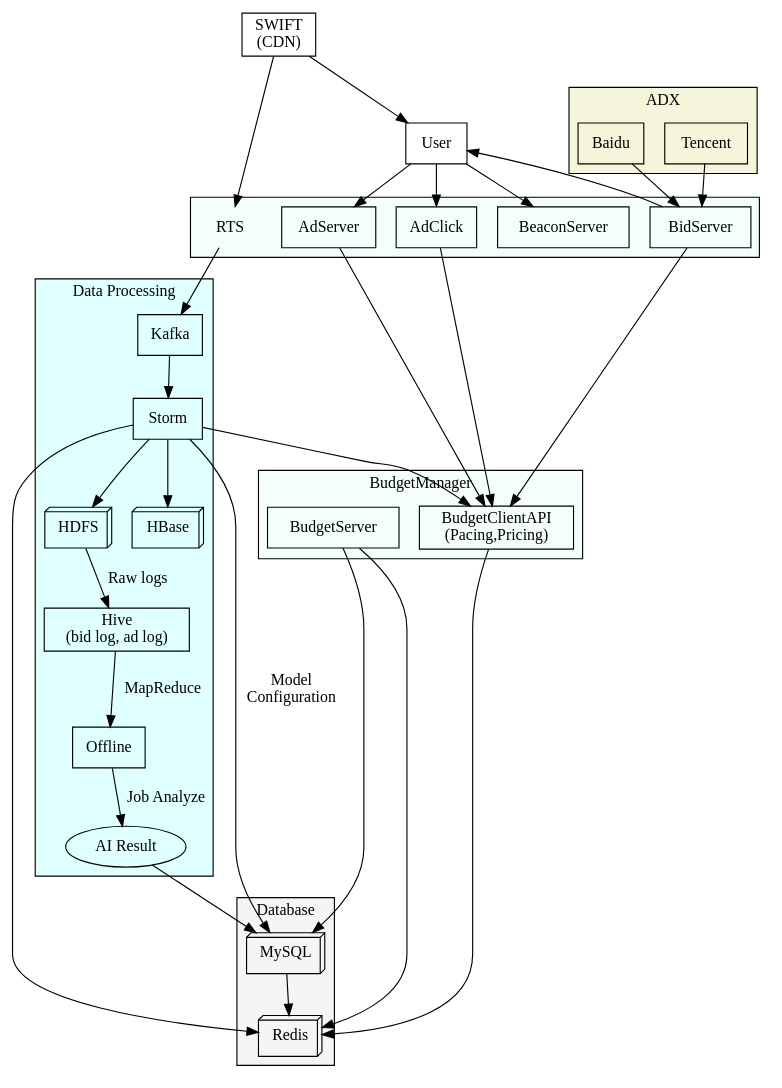
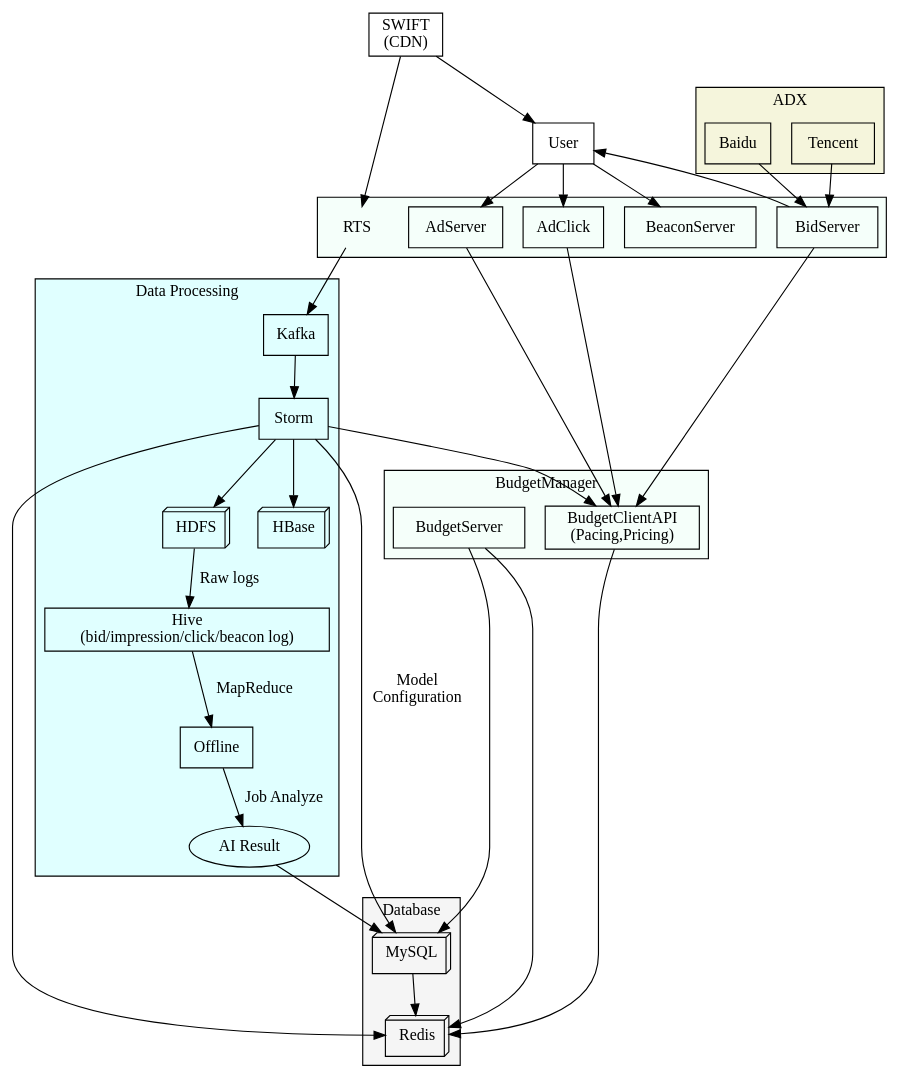
One commit to buptrobin/MyProjects changed the diagram in others/graphviz/rts.dot. Above: the diagram before and after it, drawn with Graphviz. The commit also changed 5 other files, not shown here.

```diff
--- a/others/graphviz/rts.dot
+++ b/others/graphviz/rts.dot
@@ -1,84 +1,84 @@
 digraph RTS {
 	node [shape="record"];
 	edge [style="solid"];
 	//layout="neato";
 	//edge [style="dashed"];
 	//rotate=90;
 
 	subgraph cluster_rts {
 		//label="RTS";
 		bgcolor="mintcream";
 
 		RTS [shape="plaintext"];
 		BeaconServer;
 		BidServer;
 		AdServer;
 		AdClick;
 	}
 
 	subgraph cluster_budget {
 		bgcolor="mintcream";
 		label="BudgetManager";
 
 		BudgetServer;
 		BudgetClientAPI [label="BudgetClientAPI\n(Pacing,Pricing)"];
 	}
 
 	subgraph cluster_ADX {
 		bgcolor="Beige";
 		label="ADX";
 
 		Tencent;
 		Baidu;
 	}
 
 	subgraph cluster_DataHandling {
 		label="Data Processing";
 
 		bgcolor="LightCyan";
 
 		Kafka;
 		Storm;
 		HDFS [shape="box3d"];
 		HBase [shape="box3d"];
-		Hive [label="Hive\n(bid log, ad log)"];
+		Hive [label="Hive\n(bid/impression/click/beacon log)"];
 		Offline;
 		AI_Result [shape="ellipse", label="AI Result"];
 	}
 
 	subgraph cluster_Database {
 		label="Database";
 		bgcolor="WhiteSmoke";
 
 		MySQL [shape="box3d"];
 		Redis [shape="box3d"];
 	}
 
 	//RTS [label="{RTS|BidServer|AdServer|AdClick|BeaconServer}"]
 
 	User;
 	SWIFT [label="SWIFT\n(CDN)"];
 
 	{Baidu,Tencent}->BidServer;
 	BidServer->User;
 	User->AdServer,AdClick,BeaconServer;
 
 	RTS->Kafka->Storm->{HDFS,HBase,BudgetClientAPI};
 	SWIFT->RTS,User
 
 	HDFS->Hive [label="Raw logs"];
 	Hive->Offline [label="MapReduce"];
 	
 	Offline->AI_Result [label="Job Analyze"];
 	AI_Result->MySQL;
 	Storm->MySQL [label="Model\nConfiguration"];
 
 	Storm,MySQL->Redis;
 
 	BudgetServer->{Redis,MySQL};
 	BudgetClientAPI->Redis;
 	BidServer->BudgetClientAPI;
 
 	AdServer,AdClick->BudgetClientAPI;
 
 }
```
